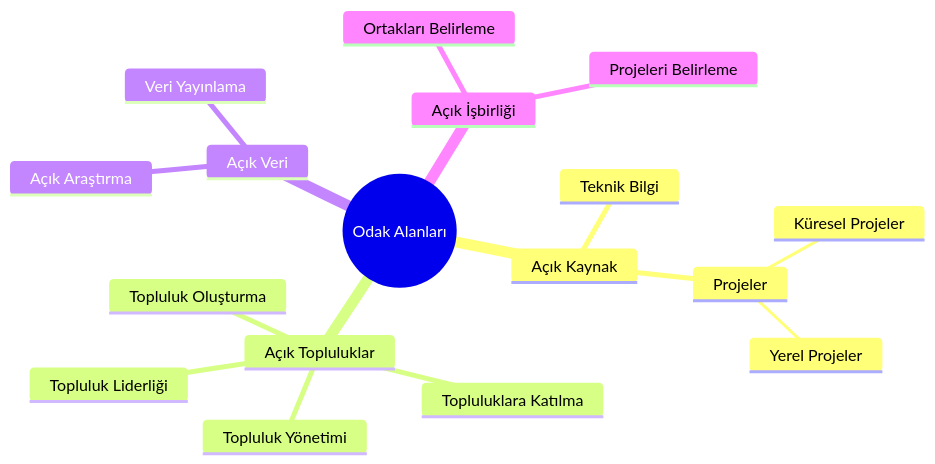
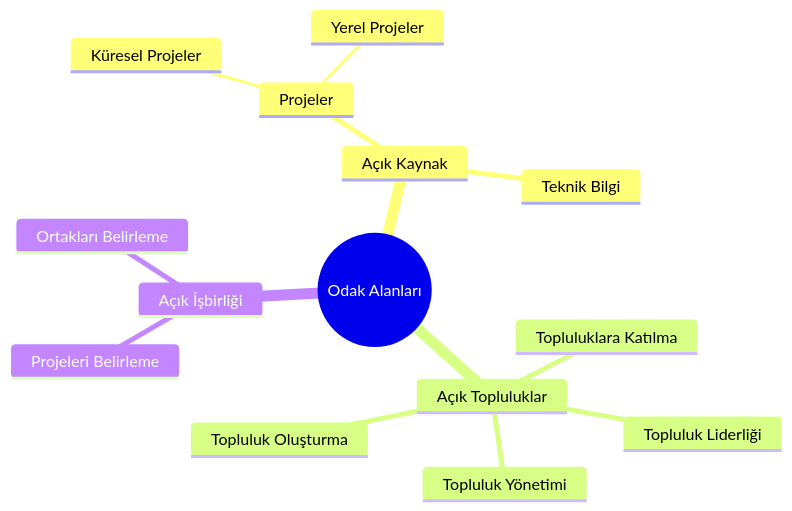
The second of 8 diagrams in content/tr/docs/about/strategy.md (OpenTRFoundation/OpenTR), drawn with Mermaid before and after one commit. The commit also changed other lines of this file and 9 other files, not shown here.

````diff
--- a/content/tr/docs/about/strategy.md
+++ b/content/tr/docs/about/strategy.md
@@ -87,36 +84,30 @@
 ```mermaid
 mindmap
 ((Odak Alanları))
   Açık Kaynak
   ::icon(fa fa-code)
     Projeler
     ::icon(fa fa-code)
       Küresel Projeler
       ::icon(fa fa-globe)
       Yerel Projeler
       ::icon(fa fa-map-marker)
     Teknik Bilgi
     ::icon(fa fa-code)
   Açık Topluluklar
   ::icon(fa fa-users)
     Topluluklara Katılma
     ::icon(fa fa-users)
     Topluluk Yönetimi
     ::icon(fa fa-users)
     Topluluk Oluşturma
     ::icon(fa fa-users)
     Topluluk Liderliği
     ::icon(fa fa-users)
-  Açık Veri
-  ::icon(fa fa-database)
-      Açık Araştırma
-      ::icon(fa fa-search)
-      Veri Yayınlama
-      ::icon(fa fa-database)
   Açık İşbirliği
   ::icon(fa fa-handshake)
     Projeleri Belirleme
     ::icon(fa fa-handshake)
     Ortakları Belirleme
     ::icon(fa fa-handshake)
 ```
````
